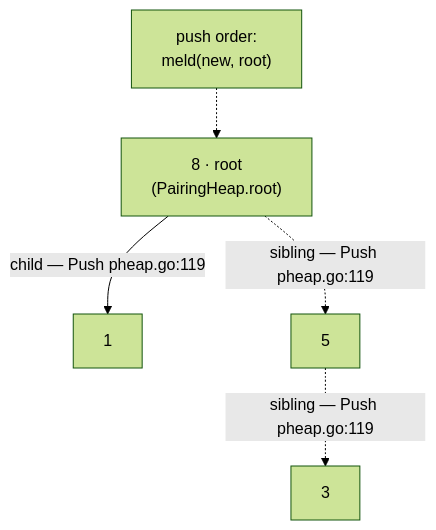
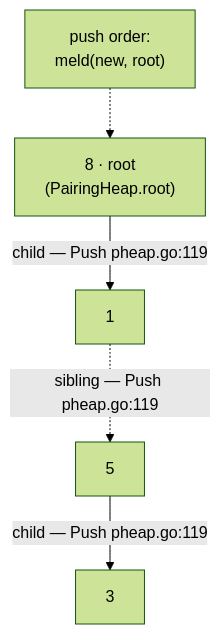
Before and after one commit to seercle/egwalker: the first of 5 diagrams in docs/pheap/01-pairing-heap.md, drawn with Mermaid (forest theme). The commit also changed other lines of this file, not shown here.

Commit message:
docs: correct pheap push/pop state traces

````diff
--- a/docs/pheap/01-pairing-heap.md
+++ b/docs/pheap/01-pairing-heap.md
@@ -59,9 +59,9 @@
 ```mermaid
-graph TD
+ graph TD
     R["8 · root<br/>(PairingHeap.root)"]
     R -->|child — Push pheap.go:119| A["1"]
-    R -.->|sibling — Push pheap.go:119| B["5"]
-    B -.->|sibling — Push pheap.go:119| C["3"]
+    A -.->|sibling — Push pheap.go:119| B["5"]
+    B -->|child — Push pheap.go:119| C["3"]
     A2["push order:<br/>meld(new, root)"]
     A2 -.-> R
 ```
````
